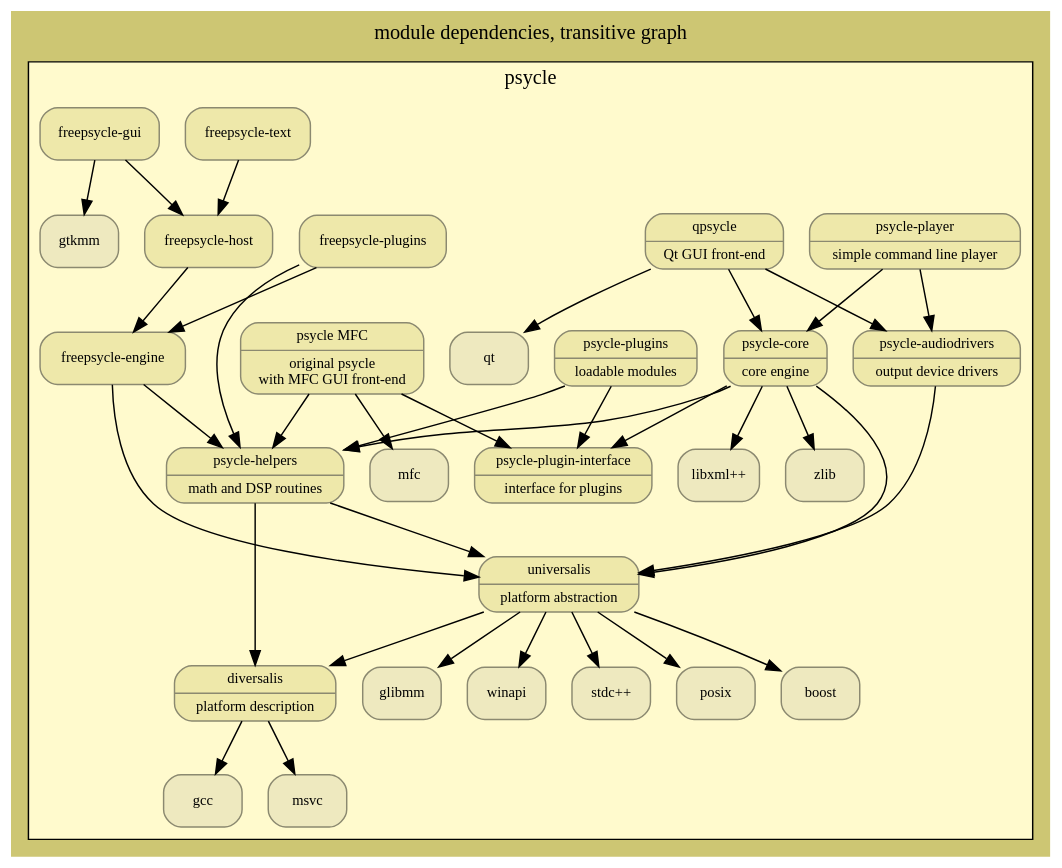
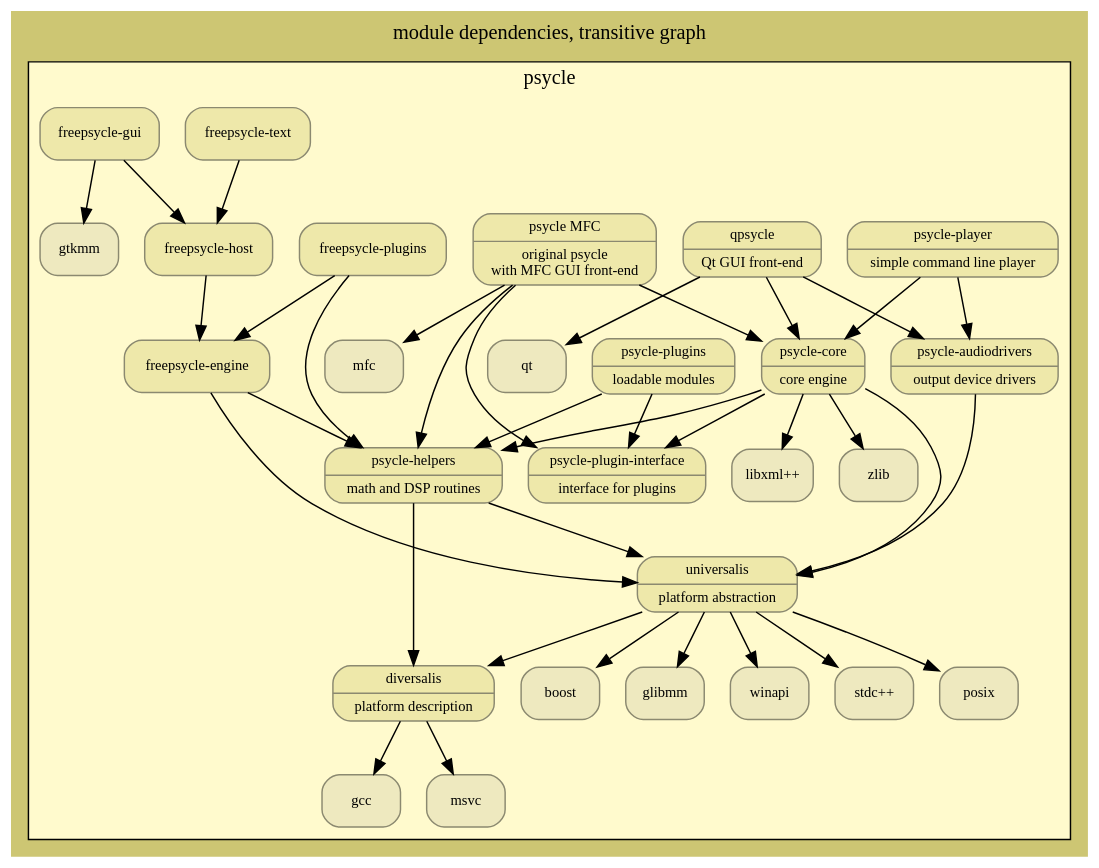
One commit to jpaquim/psycle changed the diagram in dependencies.dot. Above: the diagram before and after it, drawn with Graphviz. The commit also changed 1 other file, not shown here.

Commit message:
psycle-mfc may be built to use psycle-core

```diff
--- a/dependencies.dot
+++ b/dependencies.dot
@@ -1,146 +1,147 @@
 // generate the .png image file with: dot dependencies.dot -Tpng > dependencies.png
 digraph dependencies {
 	label = "module dependencies, transitive graph"
 	//rankdir = TB
 	//rankdir = LR
 	labelloc = t
 	fontname = verdana
 	fontsize = 14
 	bgcolor = khaki3
 	//concentrate = true // line concentrations
 	ratio = auto
 	node [
 		shape = Mrecord
 		style = rounded
 		color = lemonchiffon4
 		fillcolor = lemonchiffon1
 		fontname = verdana
 		fontsize = 10
 	]
 	
 	subgraph cluster_psycle {
 		label = "psycle"
 		bgcolor = lemonchiffon1
 		
 		node [ style = filled fillcolor = lemonchiffon2 ]
 		"stdc++"// [ label = "{ stdc++ | standard C++ library }" ];
 		//"stdc";
 		"posix";// [ label = "{ POSIX | Portable OS Interface }"];
 		"boost";// [ label = "{ boost | boost libraries }" ];
 		//"libsigc++";// [ label = "{ libsigc++ | signals and slots }" ];
 		"glibmm";// [ label = "{ glibmm | platform abstraction }" ];
 		//"gdkmm" [ label = "{ gdkmm | GUI Drawing Kit }" ];
 		"gtkmm";// [ label = "{ gtkmm | GUI Tool Kit }" ];
 		//"cairomm";
 		//"gnomecanvasmm";// [ label = "{ gnomecanvasmm | GNOME's canvas }" ];
 		//"pangomm";
 		//"atkmm";
 		"qt";// [ label = "{ Qt | Trolltech's libraries }"];
 		"libxml++";// [ label = "{ libXML++ | XML parsing }"];
 		"zlib";// [ label = "{ zlib | (de)compression }"];
 		"winapi";// [ label = "{ WinAPI | Microsoft's API }"];
 		"mfc";// [ label = "{ MFC | Microsoft's Foundation Classes }" ];
 		"gcc";// [ label = "{GCC | GNU C++ Compiler }" ];
 		"msvc";// [ label = "{ MSVC | Microsoft's Visual C++ compiler }" ];
 
 		//"boost" -> "stdc++";
 		//"glibmm" -> "stdc++";
 		//"glibmm" -> "glib";
 		//"glib" -> "stdc";
 		//"glibmm" -> "libsigc++";
 		//"gdkmm" -> "glibmm";
 		//"gdkmm" -> "stdc++";
 		//"gdkmm" -> "gdk";
 		//"gdk" -> "stdc";
 		//"gdkmm" -> "cairomm";
 		//"gtkmm" -> "pangomm";
 		//"gtkmm" -> "atkmm";
 		//"gtkmm" -> "gdkmm";
 		//"gtkmm" -> "glibmm";
 		//"gtkmm" -> "stdc++";
 		//"gtkmm" -> "gtk";
 		//"gtk" -> "stdc";
 		//"gnomecanvasmm" -> "gtkmm";
 		//"gnomecanvasmm" -> "stdc++";
 		//"gnomecanvasmm" -> "gnomecanvas";
 		//"gnomecanvas" -> "stdc";
 		//"qt" -> "stdc++";
 		//"libxml++" -> "stdc++";
 		//"zlib" -> "stdc";
 		//"mfc" -> "msvc";
 		
 		node [ style = filled fillcolor = palegoldenrod ]
 
 		"diversalis" [ label = "{ diversalis | platform description }" ];
 		"diversalis" -> "gcc";
 		"diversalis" -> "msvc";
 		
 		"universalis" [ label = "{ universalis | platform abstraction }" ];
 		"universalis" -> "diversalis";
 		"universalis" -> "boost";
 		"universalis" -> "glibmm";
 		"universalis" -> "posix";
 		"universalis" -> "stdc++";
 		"universalis" -> "winapi";
 		
 		"psycle-helpers" [ label = "{ psycle-helpers | math and DSP routines }" ];
 		"psycle-helpers" -> "universalis";
 		"psycle-helpers" -> "diversalis";
 	
 		"psycle-plugin-interface" [label = "{psycle-plugin-interface | interface for plugins }"];
 	
 		"psycle-core" [ label = "{ psycle-core | core engine }" ];
 		"psycle-core" -> "psycle-plugin-interface";
 		"psycle-core" -> "psycle-helpers";
 		"psycle-core" -> "universalis";
 		//"psycle-core" -> "boost";
 		"psycle-core" -> "zlib";
 		"psycle-core" -> "libxml++";
 	
 		"psycle-audiodrivers" [ label = "{ psycle-audiodrivers | output device drivers }"];
 		"psycle-audiodrivers" -> "universalis";
 		//"psycle-audiodrivers" -> "boost";
 	
 		"psycle-player" [ label = "{ psycle-player | simple command line player }"];
 		"psycle-player" -> "psycle-core";
 		"psycle-player" -> "psycle-audiodrivers";
 		//"psycle-player" -> "libxml++";
 	
 		"psycle-plugins" [ label = "{ psycle-plugins | loadable modules }"];
 		"psycle-plugins" -> "psycle-plugin-interface";
 		"psycle-plugins" -> "psycle-helpers";
 
 		"qpsycle" [ label = "{ qpsycle | Qt GUI front-end }" ];
 		"qpsycle" -> "qt";
 		"qpsycle" -> "psycle-core";
 		"qpsycle" -> "psycle-audiodrivers";
 		//"qpsycle" -> "universalis";
 		//"qpsycle" -> "boost";
 
 		"psycle-mfc" [ label = "{ psycle MFC | original psycle\nwith MFC GUI front-end }" ];
 		"psycle-mfc" -> "mfc";
 		"psycle-mfc" -> "psycle-plugin-interface";
+		"psycle-mfc" -> "psycle-core";
 		"psycle-mfc" -> "psycle-helpers";
 		//"psycle-mfc" -> "universalis";
 		//"psycle-mfc" -> "boost";
 		
 		"freepsycle-engine" -> "universalis";
 		//"freepsycle-engine" -> "boost";
 		"freepsycle-engine" -> "psycle-helpers";
 		"freepsycle-plugins" -> "freepsycle-engine";
 		//"freepsycle-plugins" -> "universalis";
 		//"freepsycle-plugins" -> "boost";
 		"freepsycle-plugins" -> "psycle-helpers";
 		"freepsycle-host" -> "freepsycle-engine";
 		//"freepsycle-text" -> "freepsycle-engine";
 		"freepsycle-text" -> "freepsycle-host";
 		//"freepsycle-gui" -> "freepsycle-engine";
 		"freepsycle-gui" -> "freepsycle-host";
 		//"freepsycle-gui" -> "universalis";
 		//"freepsycle-gui" -> "boost" ;
 		//"freepsycle-gui" -> "glibmm";
 		"freepsycle-gui" -> "gtkmm";
 		//"freepsycle-gui" -> "gnomecanvasmm";
 		//"freepsycle-gui" -> "libsigc++";
 	}
 }
```
